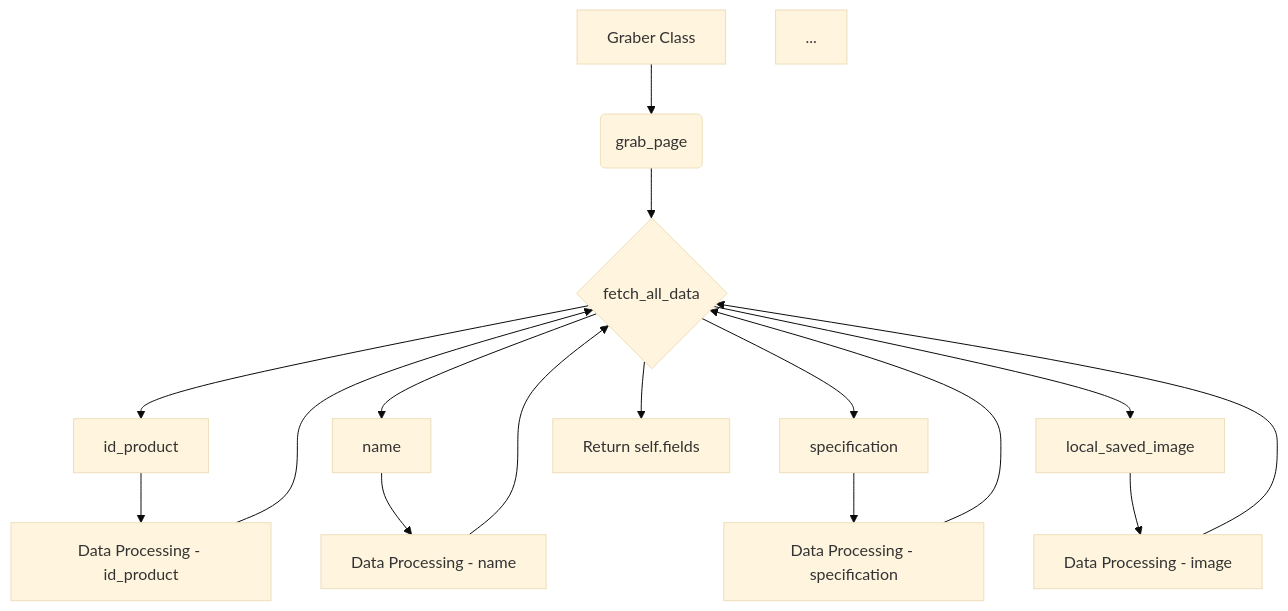
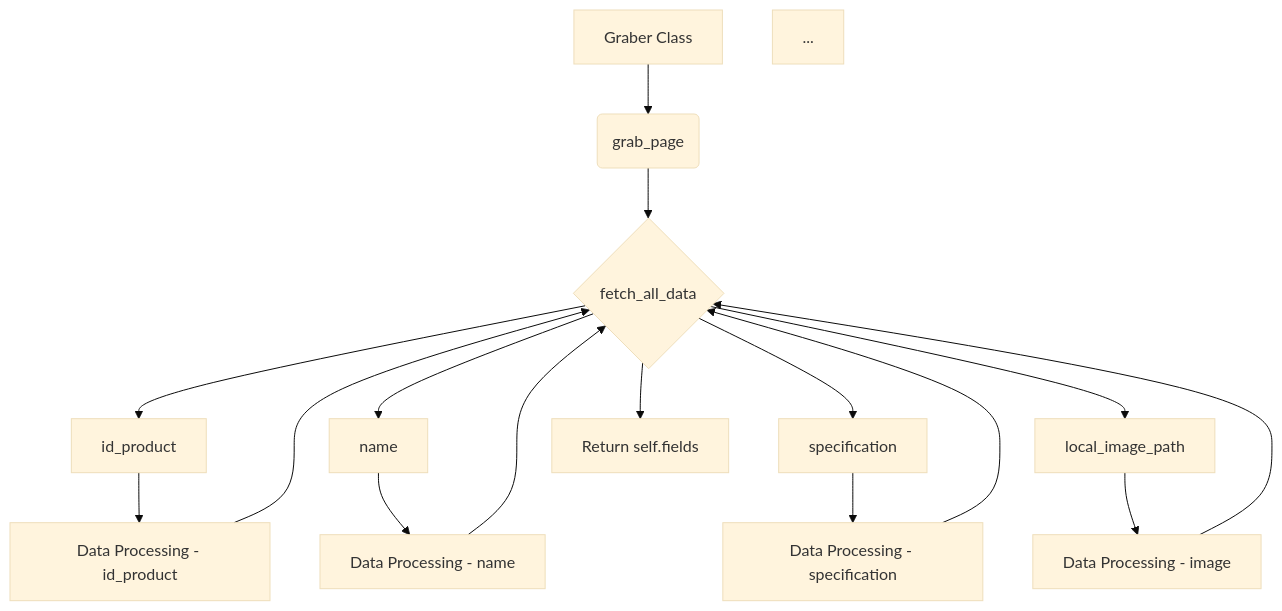
One commit to hypo69/hypo changed the diagram in docs/gemini/out/en/explainer/src/suppliers/gearbest/graber.md. Above: the diagram before and after it, drawn with Mermaid (base theme). The commit also changed other lines of this file and 270 other files, not shown here.

````diff
--- a/docs/gemini/out/en/explainer/src/suppliers/gearbest/graber.md
+++ b/docs/gemini/out/en/explainer/src/suppliers/gearbest/graber.md
@@ -135,22 +135,22 @@
 ```mermaid
 graph TD
     A[Graber Class] --> B(grab_page);
     B --> C{fetch_all_data};
     C --> D[id_product];
     C --> E[name];
     C --> F[specification];
     ...
-    C --> G[local_saved_image];
+    C --> G[local_image_path];
     D --> H[Data Processing - id_product];
     E --> I[Data Processing - name];
     F --> J[Data Processing - specification];
     ...
     G --> K[Data Processing - image];
     H --> C;
     I --> C;
     J --> C;
     ...
     K --> C;
     C --> L[Return self.fields];
     
 ```
````
